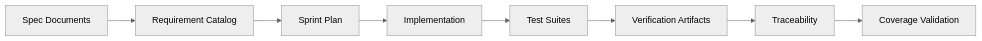
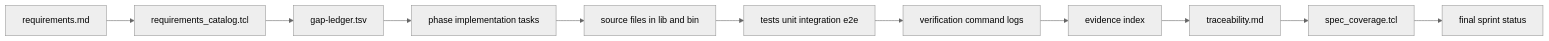
Before and after one commit to jaytaylor/attractor-tcl: the fourth of 5 diagrams in docs/sprints/SPRINT-003-comprehensive-implementation-plan.md, drawn with Mermaid (neutral theme). The commit also changed other lines of this file, not shown here.

Commit message:
docs(sprint-003): mark implementation plan complete with verified evidence

````diff
--- a/docs/sprints/SPRINT-003-comprehensive-implementation-plan.md
+++ b/docs/sprints/SPRINT-003-comprehensive-implementation-plan.md
@@ -1204,10 +1128,13 @@
 ```mermaid
 flowchart LR
-  SPEC[Spec Documents] --> CATALOG[Requirement Catalog]
-  CATALOG --> PLAN[Sprint Plan]
-  PLAN --> CODE[Implementation]
-  CODE --> TESTS[Test Suites]
-  TESTS --> EVIDENCE[Verification Artifacts]
-  EVIDENCE --> TRACE[Traceability]
-  TRACE --> COVERAGE[Coverage Validation]
+    R[requirements.md] --> C[requirements_catalog.tcl]
+    C --> G[gap-ledger.tsv]
+    G --> P[phase implementation tasks]
+    P --> S[source files in lib and bin]
+    S --> T[tests unit integration e2e]
+    T --> V[verification command logs]
+    V --> E[evidence index]
+    E --> TR[traceability.md]
+    TR --> SC[spec_coverage.tcl]
+    SC --> F[final sprint status]
 ```
````
